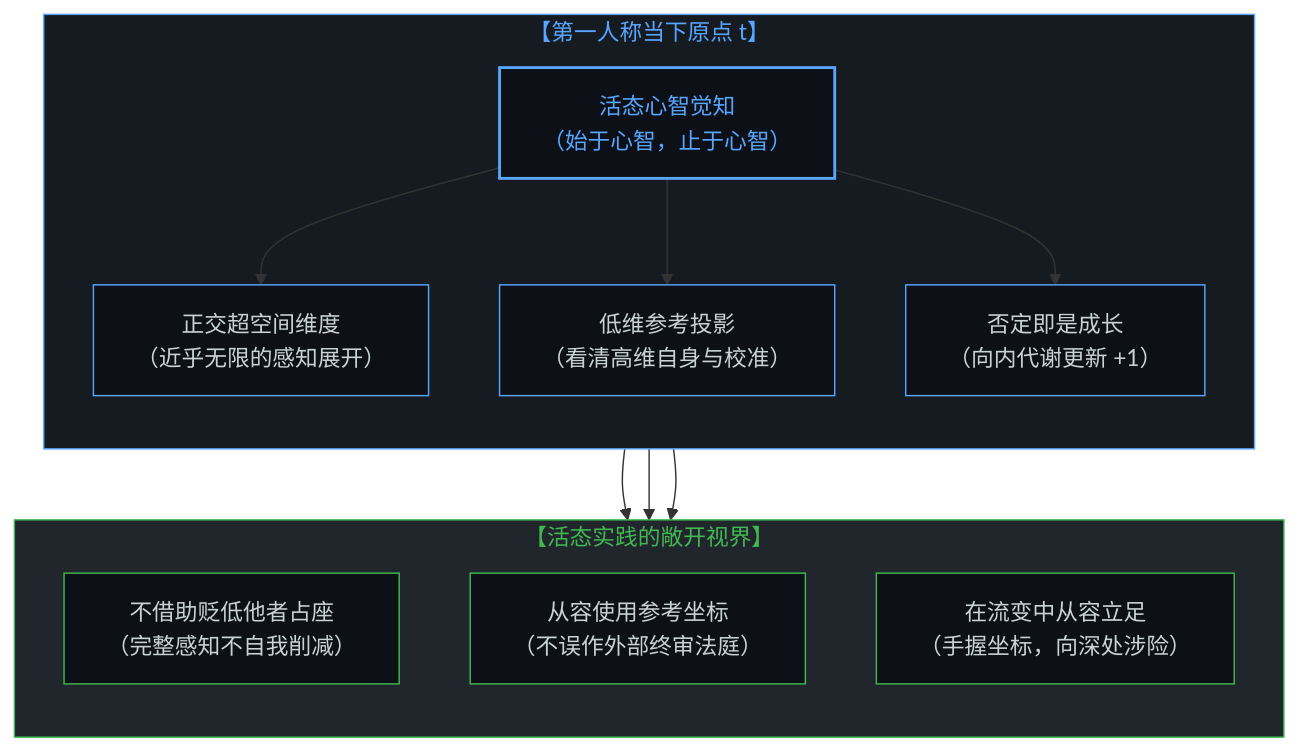
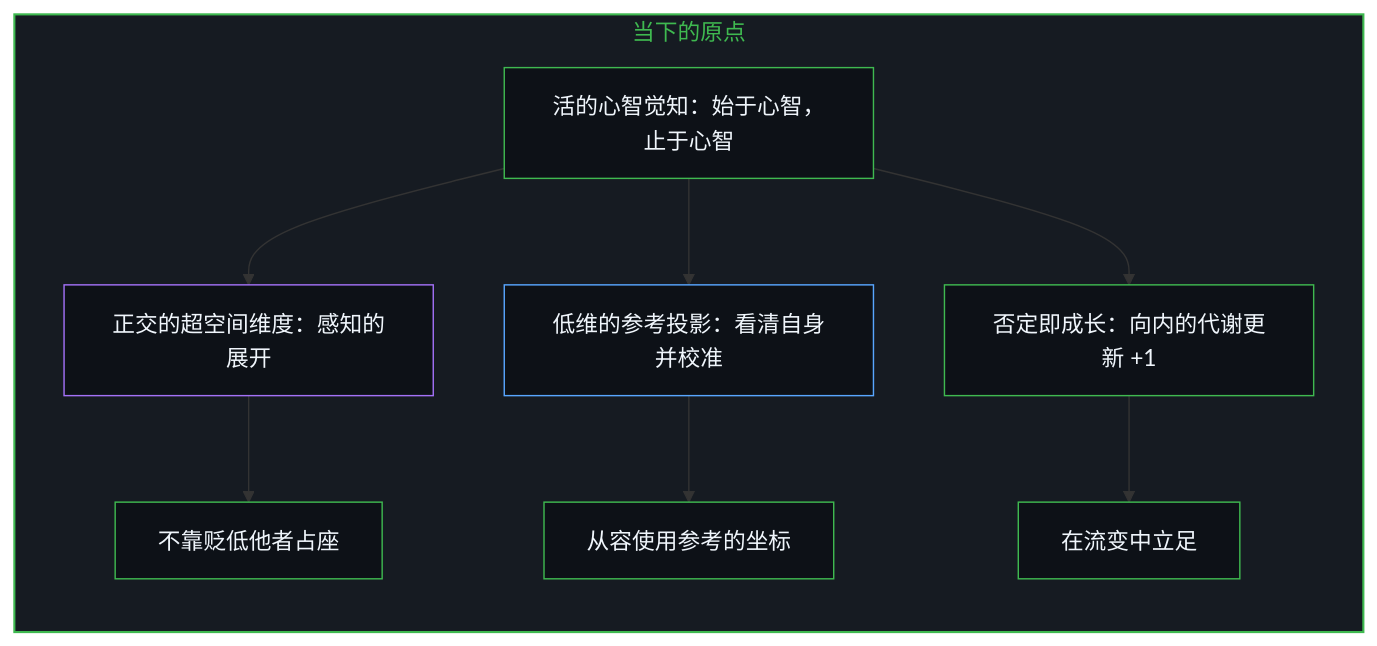
One commit to powerpig99/not-a-toe changed the third of 4 diagrams in content/posts/coordinates-in-flux-negation-and-self-anchoring.md. Above: the diagram before and after it, drawn with Mermaid. The commit also changed other lines of this file and 2 other files, not shown here.

Commit message:
Refine coordinates-in-flux: alternating bilingual layout, two paired diagrams, implicit first person

````diff
--- a/content/posts/coordinates-in-flux-negation-and-self-anchoring.md
+++ b/content/posts/coordinates-in-flux-negation-and-self-anchoring.md
@@ -164,31 +139,28 @@
 ```mermaid
-graph TD
-    subgraph Ground["【第一人称当下原点 t】"]
+flowchart TD
+    subgraph S_Origin["当下的原点"]
         direction TB
-        M["活态心智觉知<br>（始于心智，止于心智）"]
-        M --> D1["正交超空间维度<br>（近乎无限的感知展开）"]
-        M --> D2["低维参考投影<br>（看清高维自身与校准）"]
-        M --> D3["否定即是成长<br>（向内代谢更新 +1）"]
+        Mind["活的心智觉知：始于心智，止于心智"]
+        Open["正交的超空间维度：感知的展开"]
+        Ref["低维的参考投影：看清自身并校准"]
+        Grow["否定即成长：向内的代谢更新 +1"]
+        Whole["不靠贬低他者占座"]
+        Use["从容使用参考的坐标"]
+        Flux["在流变中立足"]
+        Mind --> Open
+        Mind --> Ref
+        Mind --> Grow
+        Open --> Whole
+        Ref --> Use
+        Grow --> Flux
     end
 
-    subgraph Action["【活态实践的敞开视界】"]
-        direction TB
-        Act1["不借助贬低他者占座<br>（完整感知不自我削减）"]
-        Act2["从容使用参考坐标<br>（不误作外部终审法庭）"]
-        Act3["在流变中从容立足<br>（手握坐标，向深处涉险）"]
-    end
-
-    D1 --> Act1
-    D2 --> Act2
-    D3 --> Act3
-
-    style Ground fill:#161b22,stroke:#58a6ff,stroke-width:1px,color:#58a6ff
-    style Action fill:#21262d,stroke:#3fb950,stroke-width:1px,color:#3fb950
-    style M fill:#0d1117,stroke:#58a6ff,stroke-width:2px,color:#58a6ff
-    style D1 fill:#0d1117,stroke:#58a6ff,stroke-width:1px,color:#c9d1d9
-    style D2 fill:#0d1117,stroke:#58a6ff,stroke-width:1px,color:#c9d1d9
-    style D3 fill:#0d1117,stroke:#58a6ff,stroke-width:1px,color:#c9d1d9
-    style Act1 fill:#0d1117,stroke:#3fb950,stroke-width:1px,color:#c9d1d9
-    style Act2 fill:#0d1117,stroke:#3fb950,stroke-width:1px,color:#c9d1d9
-    style Act3 fill:#0d1117,stroke:#3fb950,stroke-width:1px,color:#c9d1d9
+    style S_Origin fill:#161b22,stroke:#3fb950,stroke-width:1.5px,color:#3fb950
+    style Mind fill:#0d1117,stroke:#3fb950,stroke-width:1px,color:#f0f6fc
+    style Open fill:#0d1117,stroke:#a371f7,stroke-width:1px,color:#f0f6fc
+    style Ref fill:#0d1117,stroke:#58a6ff,stroke-width:1px,color:#f0f6fc
+    style Grow fill:#0d1117,stroke:#3fb950,stroke-width:1px,color:#f0f6fc
+    style Whole fill:#0d1117,stroke:#3fb950,stroke-width:1px,color:#f0f6fc
+    style Use fill:#0d1117,stroke:#3fb950,stroke-width:1px,color:#f0f6fc
+    style Flux fill:#0d1117,stroke:#3fb950,stroke-width:1px,color:#f0f6fc
 ```
````
